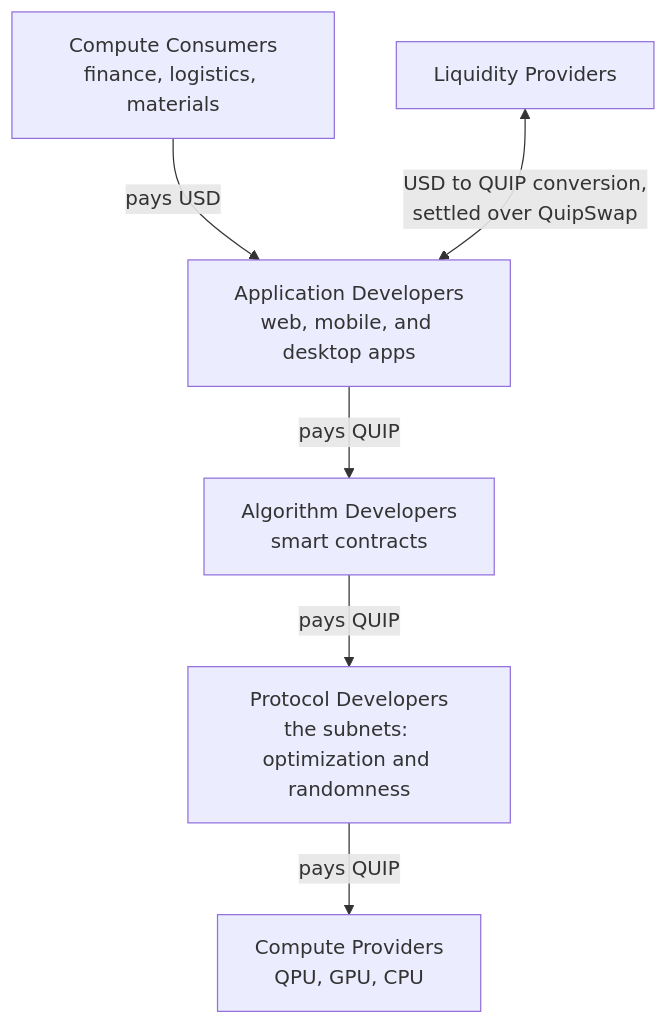
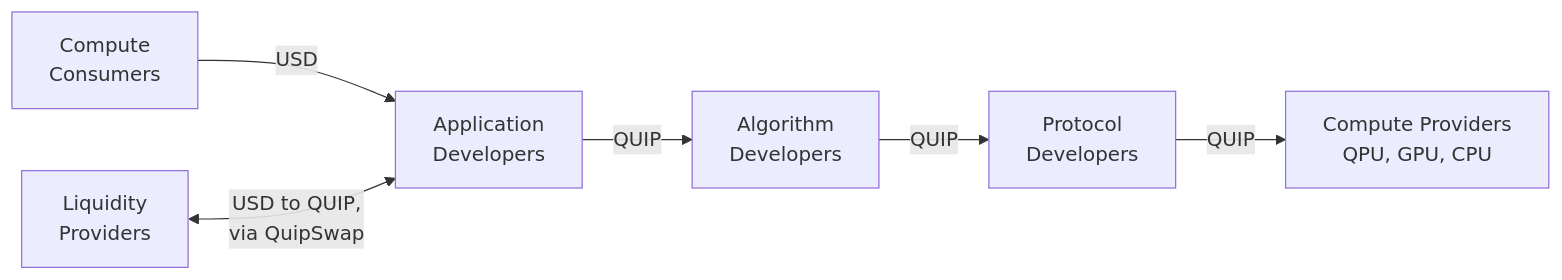
The second of 2 diagrams in docs/interlock/how-quip-fits-together.md (QuipNetwork/developers.quip.network), drawn with Mermaid before and after one commit. The commit also changed other lines of this file and 1 other file, not shown here.

First line of the commit message:
docs: rebuild architecture diagram per review, compact who-pays-whom layout

````diff
--- a/docs/interlock/how-quip-fits-together.md
+++ b/docs/interlock/how-quip-fits-together.md
@@ -50,14 +54,8 @@
 ```mermaid
-flowchart TB
-    CC["Compute Consumers<br/>finance, logistics, materials"]
-    AD["Application Developers<br/>web, mobile, and desktop apps"]
-    ALG["Algorithm Developers<br/>smart contracts"]
-    PD["Protocol Developers<br/>the subnets: optimization and randomness"]
-    CP["Compute Providers<br/>QPU, GPU, CPU"]
-    LP["Liquidity Providers"]
-    CC -->|"pays USD"| AD
-    AD -->|"pays QUIP"| ALG
-    ALG -->|"pays QUIP"| PD
-    PD -->|"pays QUIP"| CP
-    LP <-->|"USD to QUIP conversion,<br/>settled over QuipSwap"| AD
+flowchart LR
+    CC["Compute<br/>Consumers"] -->|USD| AD["Application<br/>Developers"]
+    AD -->|QUIP| ALG["Algorithm<br/>Developers"]
+    ALG -->|QUIP| PD["Protocol<br/>Developers"]
+    PD -->|QUIP| CP["Compute Providers<br/>QPU, GPU, CPU"]
+    LP["Liquidity<br/>Providers"] <-->|"USD to QUIP,<br/>via QuipSwap"| AD
 ```
````
